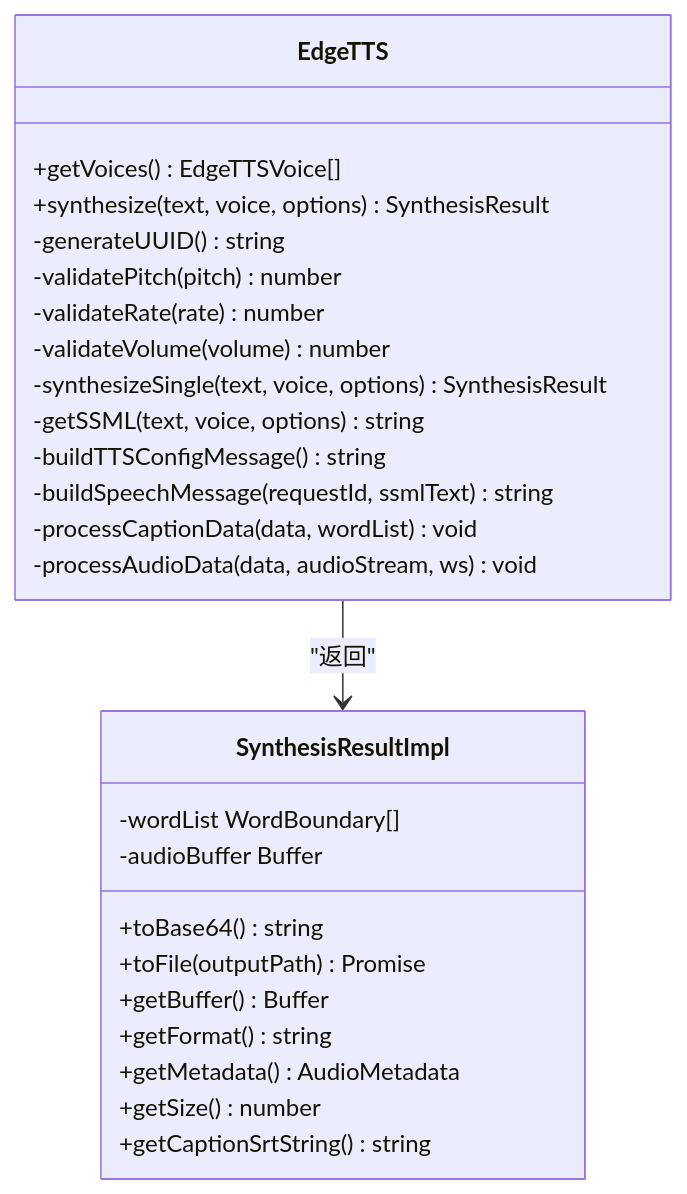
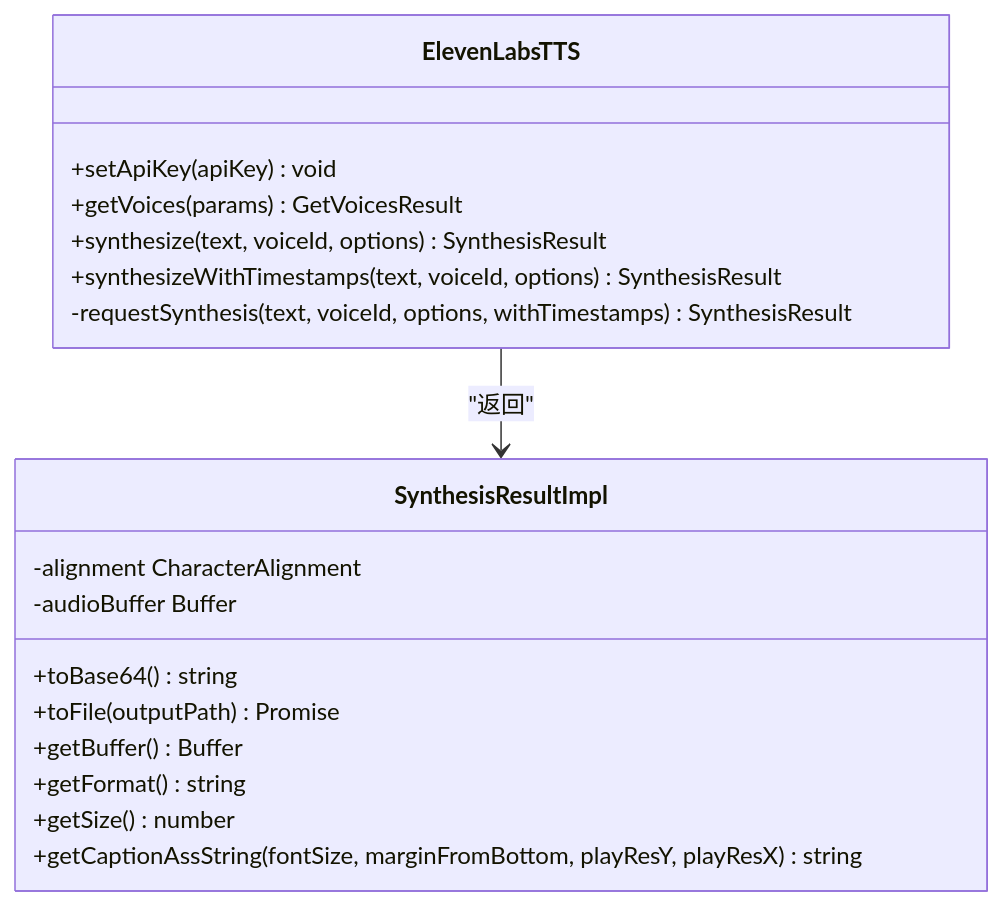
The third of 8 diagrams in .qoder/repowiki/zh/content/核心功能模块/语音合成系统.md (torans/crow.video), drawn with Mermaid before and after one commit. The commit also changed other lines of this file and 35 other files, not shown here.

````diff
--- a/.qoder/repowiki/zh/content/核心功能模块/语音合成系统.md
+++ b/.qoder/repowiki/zh/content/核心功能模块/语音合成系统.md
@@ -143,29 +170,21 @@
 ```mermaid
 classDiagram
-class EdgeTTS {
-+getVoices() EdgeTTSVoice[]
-+synthesize(text, voice, options) SynthesisResult
--generateUUID() string
--validatePitch(pitch) number
--validateRate(rate) number
--validateVolume(volume) number
--synthesizeSingle(text, voice, options) SynthesisResult
--getSSML(text, voice, options) string
--buildTTSConfigMessage() string
--buildSpeechMessage(requestId, ssmlText) string
--processCaptionData(data, wordList) void
--processAudioData(data, audioStream, ws) void
+class ElevenLabsTTS {
++setApiKey(apiKey) void
++getVoices(params) GetVoicesResult
++synthesize(text, voiceId, options) SynthesisResult
++synthesizeWithTimestamps(text, voiceId, options) SynthesisResult
+-requestSynthesis(text, voiceId, options, withTimestamps) SynthesisResult
 }
 class SynthesisResultImpl {
--wordList WordBoundary[]
+-alignment CharacterAlignment
 -audioBuffer Buffer
 +toBase64() string
 +toFile(outputPath) Promise<void>
 +getBuffer() Buffer
 +getFormat() string
-+getMetadata() AudioMetadata
 +getSize() number
-+getCaptionSrtString() string
++getCaptionAssString(fontSize, marginFromBottom, playResY, playResX) string
 }
-EdgeTTS --> SynthesisResultImpl : "返回"
+ElevenLabsTTS --> SynthesisResultImpl : "返回"
 ```
````
